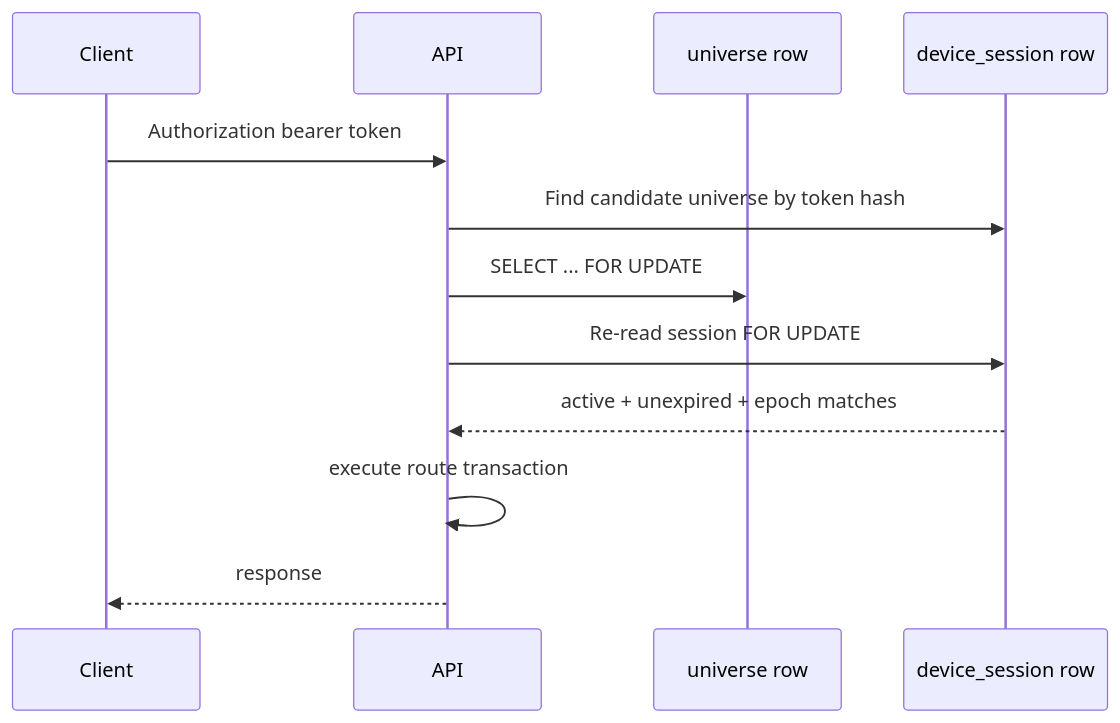
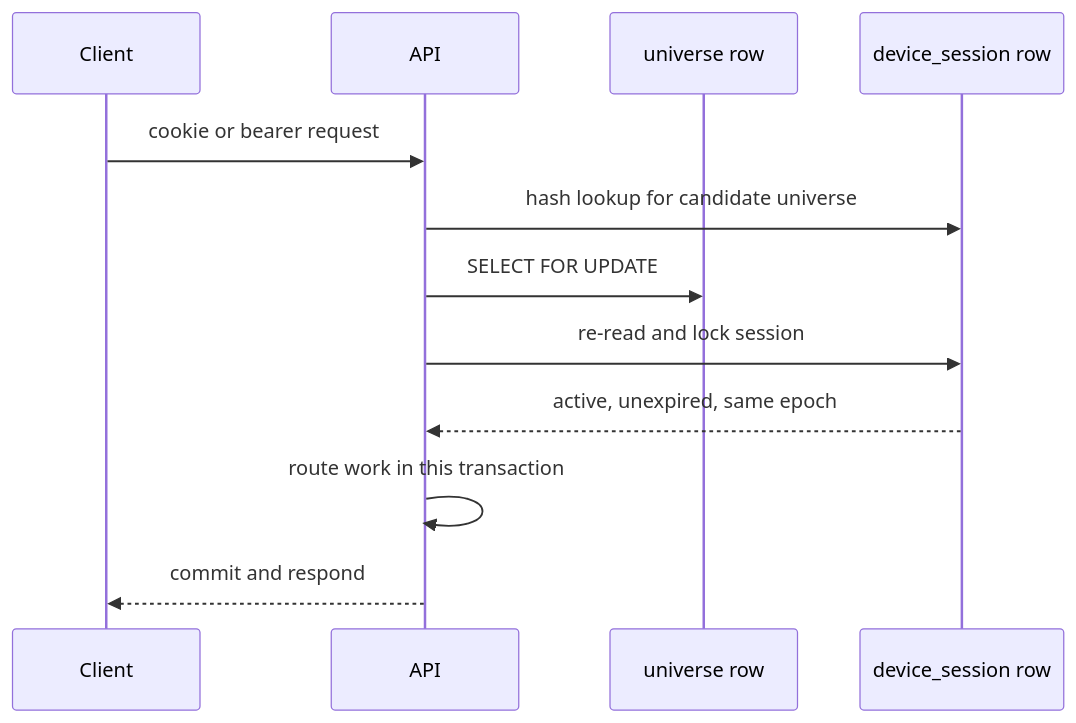
One commit to KnowScroll/knowscroll changed the fourth of 16 diagrams in docs/flowwalk/knowscroll-codebase-architecture-guide.md. Above: the diagram before and after it, drawn with Mermaid. The commit also changed other lines of this file, not shown here.

Commit message:
docs: refresh architecture guide for current system (#72)

````diff
--- a/docs/flowwalk/knowscroll-codebase-architecture-guide.md
+++ b/docs/flowwalk/knowscroll-codebase-architecture-guide.md
@@ -223,14 +185,14 @@
 ```mermaid
 sequenceDiagram
-    participant C as Client
-    participant A as API
-    participant U as universe row
-    participant S as device_session row
-    C->>A: Authorization bearer token
-    A->>S: Find candidate universe by token hash
-    A->>U: SELECT ... FOR UPDATE
-    A->>S: Re-read session FOR UPDATE
-    S-->>A: active + unexpired + epoch matches
-    A->>A: execute route transaction
-    A-->>C: response
+  participant C as Client
+  participant A as API
+  participant U as universe row
+  participant S as device_session row
+  C->>A: cookie or bearer request
+  A->>S: hash lookup for candidate universe
+  A->>U: SELECT FOR UPDATE
+  A->>S: re-read and lock session
+  S-->>A: active, unexpired, same epoch
+  A->>A: route work in this transaction
+  A-->>C: commit and respond
 ```
````
